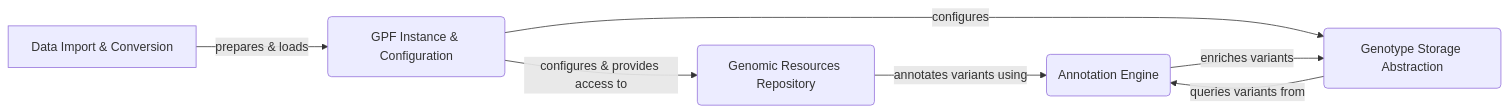
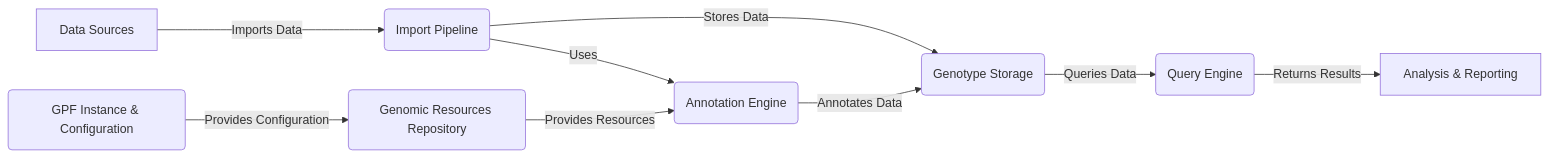
The diagram in gpf/on_boarding.md (CodeBoarding/GeneratedOnBoardings), drawn with Mermaid before and after one commit. The commit also changed other lines of this file and 7 other files, not shown here.

````diff
--- a/gpf/on_boarding.md
+++ b/gpf/on_boarding.md
@@ -7,15 +7,20 @@
 ```mermaid
 graph LR
-    A[Data Import & Conversion] -- prepares & loads --> B(GPF Instance & Configuration)
-    B -- configures & provides access to --> C(Genomic Resources Repository)
-    B -- configures --> D(Genotype Storage Abstraction)
-    C -- annotates variants using --> E(Annotation Engine)
-    D -- queries variants from --> E
-    E -- enriches variants --> D
+    A[Data Sources] -- Imports Data --> B(Import Pipeline)
+    B -- Stores Data --> C(Genotype Storage)
+    D(GPF Instance & Configuration) -- Provides Configuration --> E(Genomic Resources Repository)
+    E -- Provides Resources --> F(Annotation Engine)
+    B -- Uses --> F
+    C -- Queries Data --> G(Query Engine)
+    F -- Annotates Data --> C
+    G -- Returns Results --> H[Analysis & Reporting]
 
-click A href "https://github.com/CodeBoarding/GeneratedOnBoardings/blob/main/gpf//Data%20Import%20&%20Conversion.md"
-click B href "https://github.com/CodeBoarding/GeneratedOnBoardings/blob/main/gpf//GPF%20Instance%20&%20Configuration.md"
-click C href "https://github.com/CodeBoarding/GeneratedOnBoardings/blob/main/gpf//Genomic%20Resources%20Repository.md"
-click D href "https://github.com/CodeBoarding/GeneratedOnBoardings/blob/main/gpf//Genotype%20Storage%20Abstraction.md"
-click E href "https://github.com/CodeBoarding/GeneratedOnBoardings/blob/main/gpf//Annotation%20Engine.md"
+click A href "https://github.com/CodeBoarding/GeneratedOnBoardings/blob/main/gpf//RelevantFile.md"
+click B href "https://github.com/CodeBoarding/GeneratedOnBoardings/blob/main/gpf//Import%20Pipeline.md"
+click C href "https://github.com/CodeBoarding/GeneratedOnBoardings/blob/main/gpf//Genotype%20Storage.md"
+click D href "https://github.com/CodeBoarding/GeneratedOnBoardings/blob/main/gpf//GPF%20Instance%20&%20Configuration.md"
+click E href "https://github.com/CodeBoarding/GeneratedOnBoardings/blob/main/gpf//Genomic%20Resources%20Repository.md"
+click F href "https://github.com/CodeBoarding/GeneratedOnBoardings/blob/main/gpf//Annotation%20Engine.md"
+click G href "https://github.com/CodeBoarding/GeneratedOnBoardings/blob/main/gpf//RelevantFile.md"
+click H href "https://github.com/CodeBoarding/GeneratedOnBoardings/blob/main/gpf//RelevantFile.md"
 ```
````
